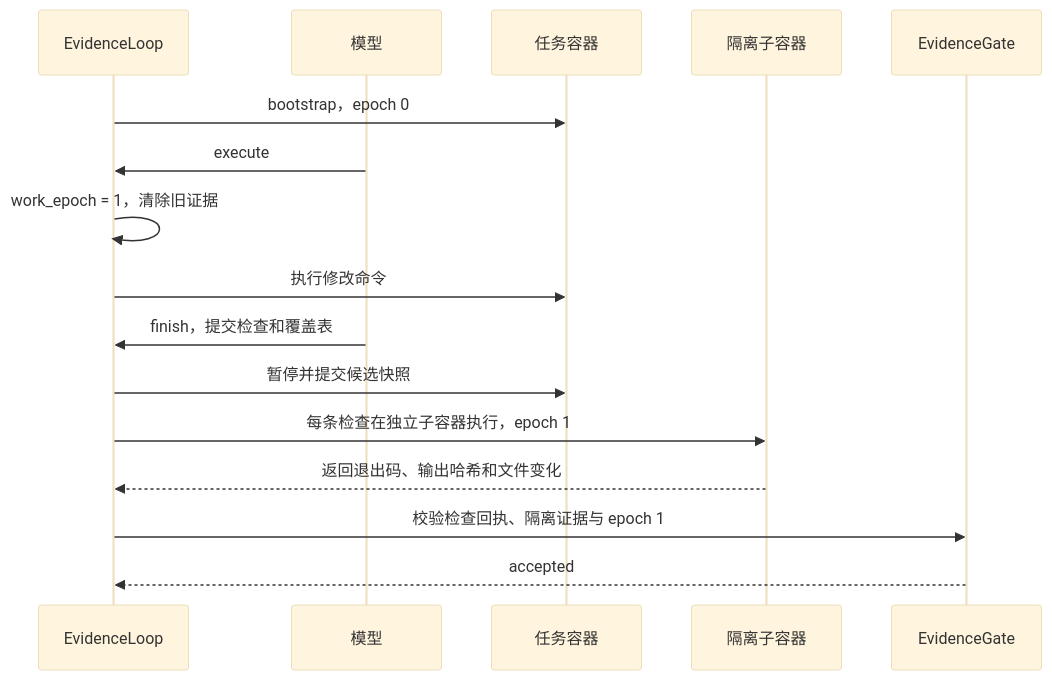
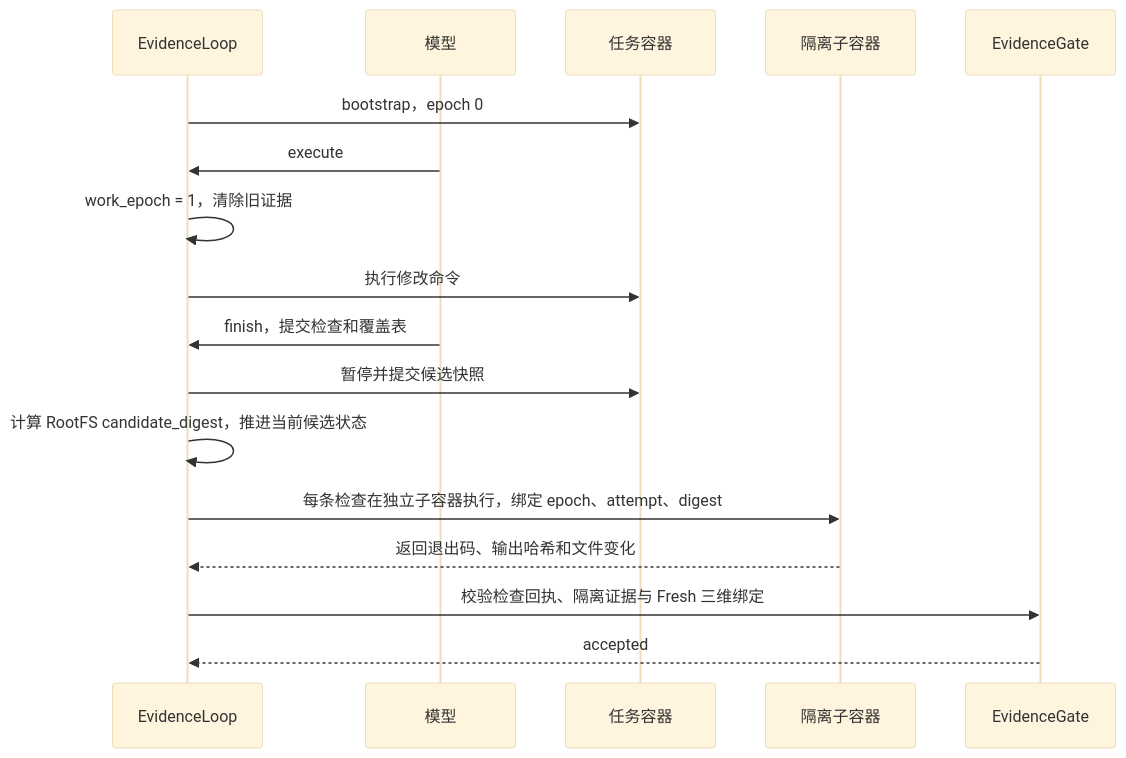
The third of 3 diagrams in docs/architecture-rationale.md (Duang777/Dharness), drawn with Mermaid (base theme) before and after one commit. The commit also changed other lines of this file and 36 other files, not shown here.

````diff
--- a/docs/architecture-rationale.md
+++ b/docs/architecture-rationale.md
@@ -229,19 +242,20 @@
 ```mermaid
 sequenceDiagram
     participant L as EvidenceLoop
     participant M as 模型
     participant E as 任务容器
     participant I as 隔离子容器
     participant G as EvidenceGate
 
     L->>E: bootstrap，epoch 0
     M->>L: execute
     L->>L: work_epoch = 1，清除旧证据
     L->>E: 执行修改命令
     M->>L: finish，提交检查和覆盖表
     L->>E: 暂停并提交候选快照
-    L->>I: 每条检查在独立子容器执行，epoch 1
+    L->>L: 计算 RootFS candidate_digest，推进当前候选状态
+    L->>I: 每条检查在独立子容器执行，绑定 epoch、attempt、digest
     I-->>L: 返回退出码、输出哈希和文件变化
-    L->>G: 校验检查回执、隔离证据与 epoch 1
+    L->>G: 校验检查回执、隔离证据与 Fresh 三维绑定
     G-->>L: accepted
 ```
````
